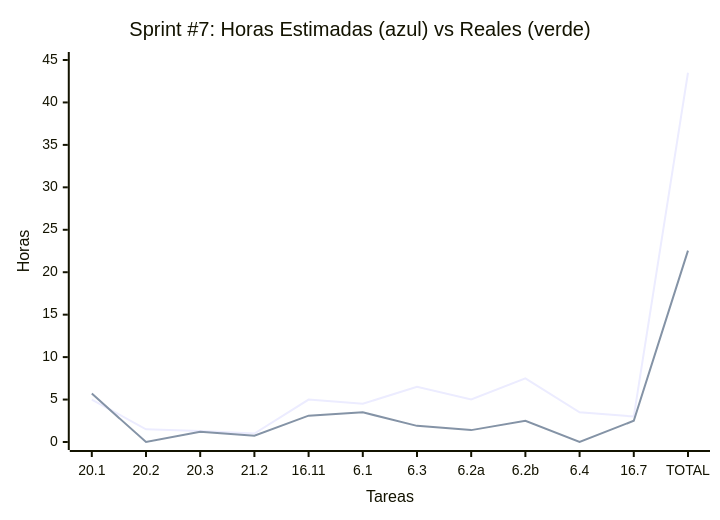
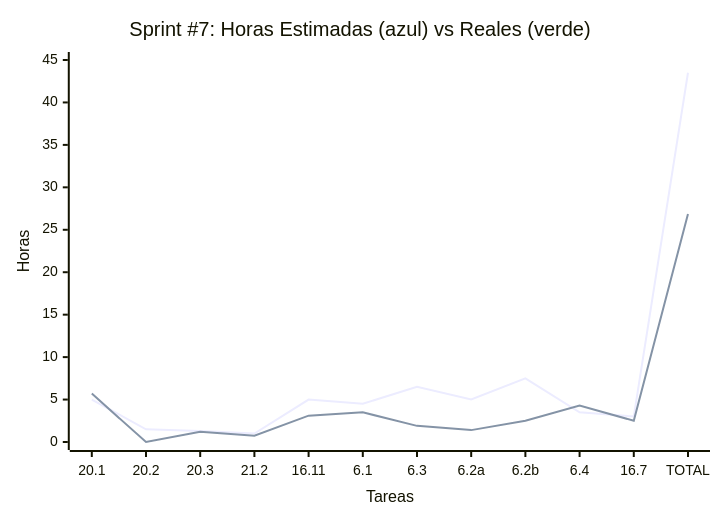
The seventh of 7 diagrams in docs/SprintsPlanning.md (MarkMed/FleetMan), drawn with Mermaid before and after one commit. The commit also changed other lines of this file, not shown here.

````diff
--- a/docs/SprintsPlanning.md
+++ b/docs/SprintsPlanning.md
@@ -306,12 +306,12 @@
 ```mermaid
 xychart-beta
     title "Sprint #7: Horas Estimadas (azul) vs Reales (verde)"
     x-axis "Tareas" ["20.1", "20.2", "20.3", "21.2", "16.11", "6.1", "6.3", "6.2a", "6.2b", "6.4", "16.7", "TOTAL"]
     y-axis "Horas" 0 --> 45
     
     %% Green line (estimadas)
     line [5, 1.5, 1.3, 1, 5, 4.5, 6.5, 5, 7.5, 3.5, 3, 43.5]
 
     %% Black line (reales)
-    line [5.7, 0, 1.2, 0.75, 3.1, 3.5, 1.9, 1.4, 2.5, 0, 2.5, 22.55]
+    line [5.7, 0, 1.2, 0.75, 3.1, 3.5, 1.9, 1.4, 2.5, 4.3, 2.5, 26.85]
 ```
````
